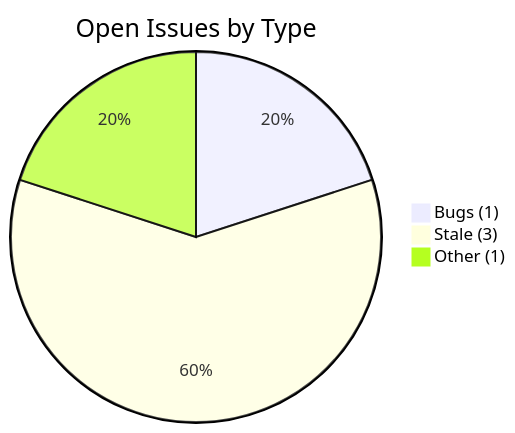
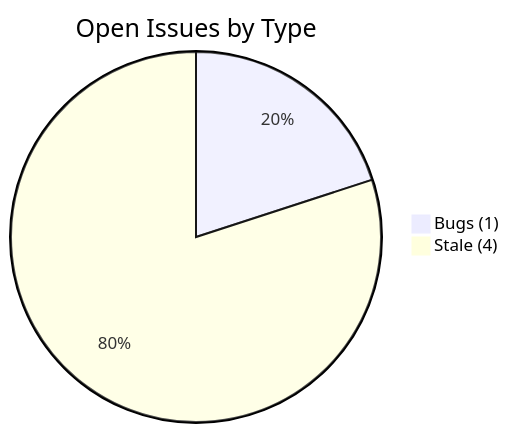
The second of 4 diagrams in docs/tracker.md (Nitsur10/invoice-dashboard-deploy), drawn with Mermaid before and after one commit. The commit also changed other lines of this file and 1 other file, not shown here.

````diff
--- a/docs/tracker.md
+++ b/docs/tracker.md
@@ -30,8 +30,8 @@
 ```mermaid
 pie title Open Issues by Type
     
     "Bugs (1)" : 1
-    "Stale (3)" : 3
-    "Other (1)" : 1
+    "Stale (4)" : 4
+    
     
 ```
````
